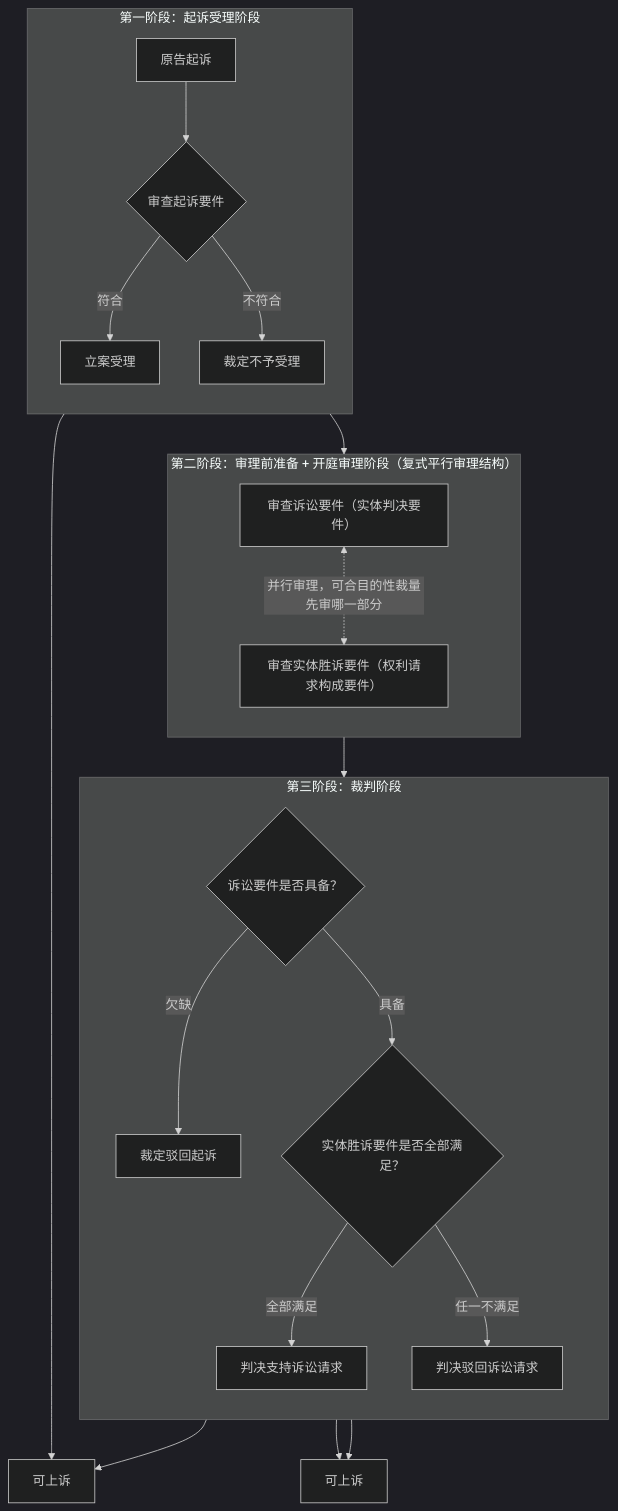
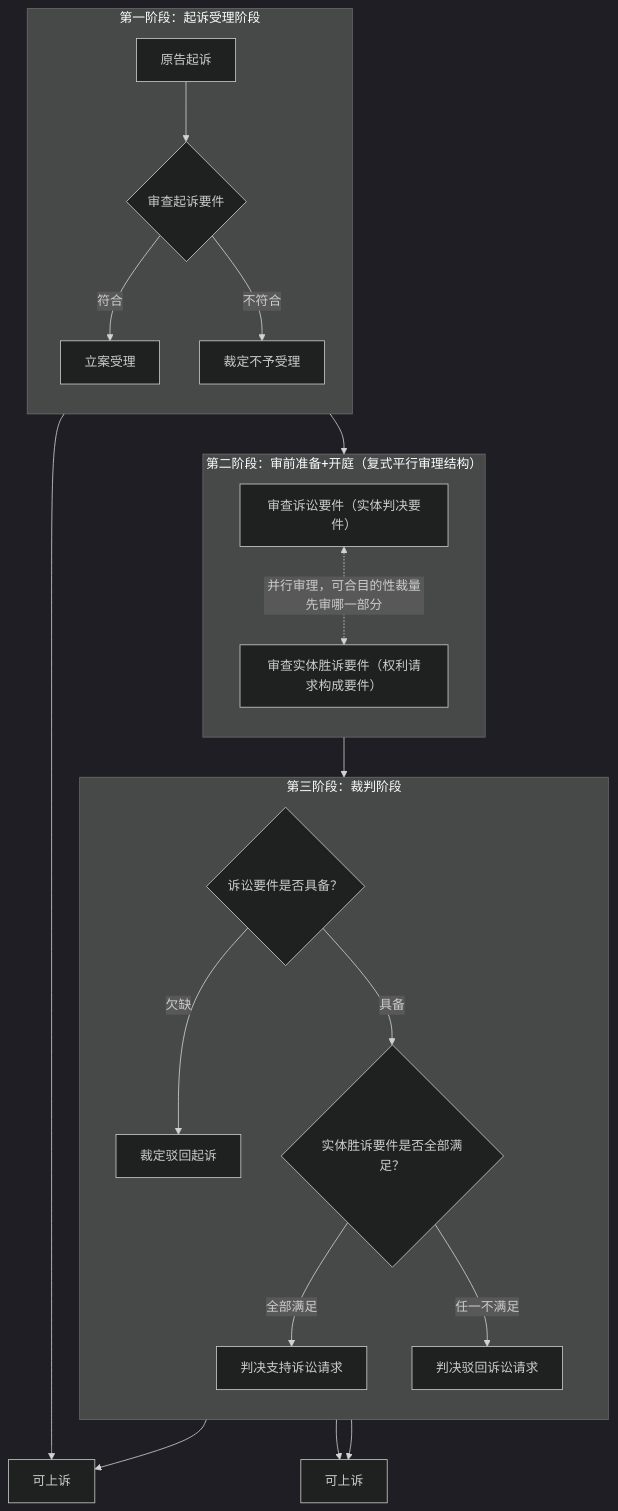
The third of 11 diagrams in content/法学/民商法/民事诉讼法/X 第一审普通程序.md (chilly-chilli/ChillyChilli), drawn with Mermaid (dark theme) before and after one commit. The commit also changed other lines of this file and 9 other files, not shown here.

````diff
--- a/content/法学/民商法/民事诉讼法/X 第一审普通程序.md
+++ b/content/法学/民商法/民事诉讼法/X 第一审普通程序.md
@@ -85,34 +128,34 @@
 ```mermaid
 flowchart TB
     subgraph Stage1["第一阶段：起诉受理阶段"]
         direction TB
         A[原告起诉] --> B{"审查起诉要件"}
         B -->|符合| C[立案受理]
         B -->|不符合| D[裁定不予受理]
     end
 
     C --> Stage2
 
-    subgraph Stage2["第二阶段：审理前准备 + 开庭审理阶段（复式平行审理结构）"]
+    subgraph Stage2["第二阶段：审前准备+开庭（复式平行审理结构）"]
         direction TB
         E["审查诉讼要件（实体判决要件）"]
         F["审查实体胜诉要件（权利请求构成要件）"]
         E <-.->|"并行审理，可合目的性裁量先审哪一部分"| F
     end
 
     Stage2 --> Stage3
 
     subgraph Stage3["第三阶段：裁判阶段"]
         direction TB
         G{"诉讼要件是否具备？"}
         G -->|欠缺| H[裁定驳回起诉]
         G -->|具备| I{"实体胜诉要件是否全部满足？"}
         I -->|全部满足| J[判决支持诉讼请求]
         I -->|任一不满足| K[判决驳回诉讼请求]
     end
 
     D --> L[可上诉]
     H --> L
     J --> M[可上诉]
     K --> M
 ```
````
